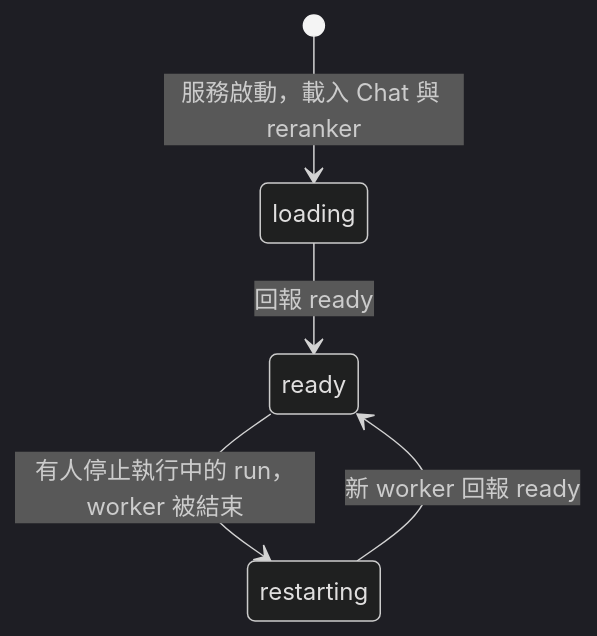
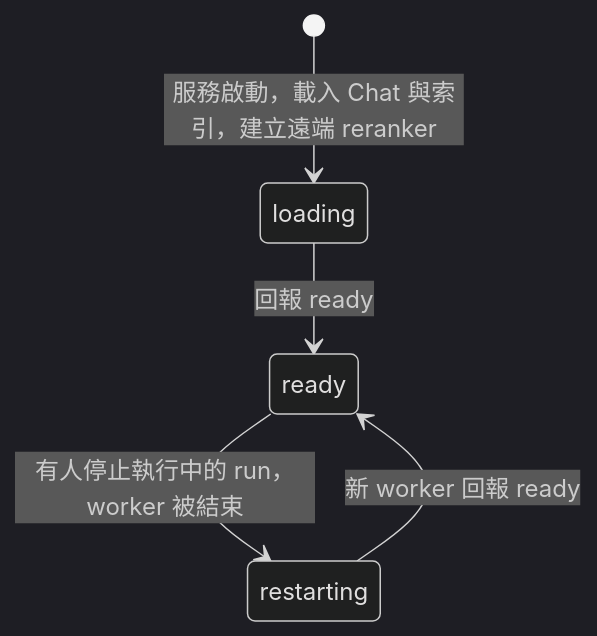
Before and after one commit to vy088772/Impact_analysis_system: the eighth of 11 diagrams in docs/流程圖_進階.md, drawn with Mermaid (dark theme). The commit also changed other lines of this file and 3 other files, not shown here.

````diff
--- a/docs/流程圖_進階.md
+++ b/docs/流程圖_進階.md
@@ -398,7 +407,7 @@
 ```mermaid
 stateDiagram-v2
-    [*] --> loading: 服務啟動，載入 Chat 與 reranker
+    [*] --> loading: 服務啟動，載入 Chat 與索引，建立遠端 reranker
     loading --> ready: 回報 ready
     ready --> restarting: 有人停止執行中的 run，worker 被結束
     restarting --> ready: 新 worker 回報 ready
 ```
````
